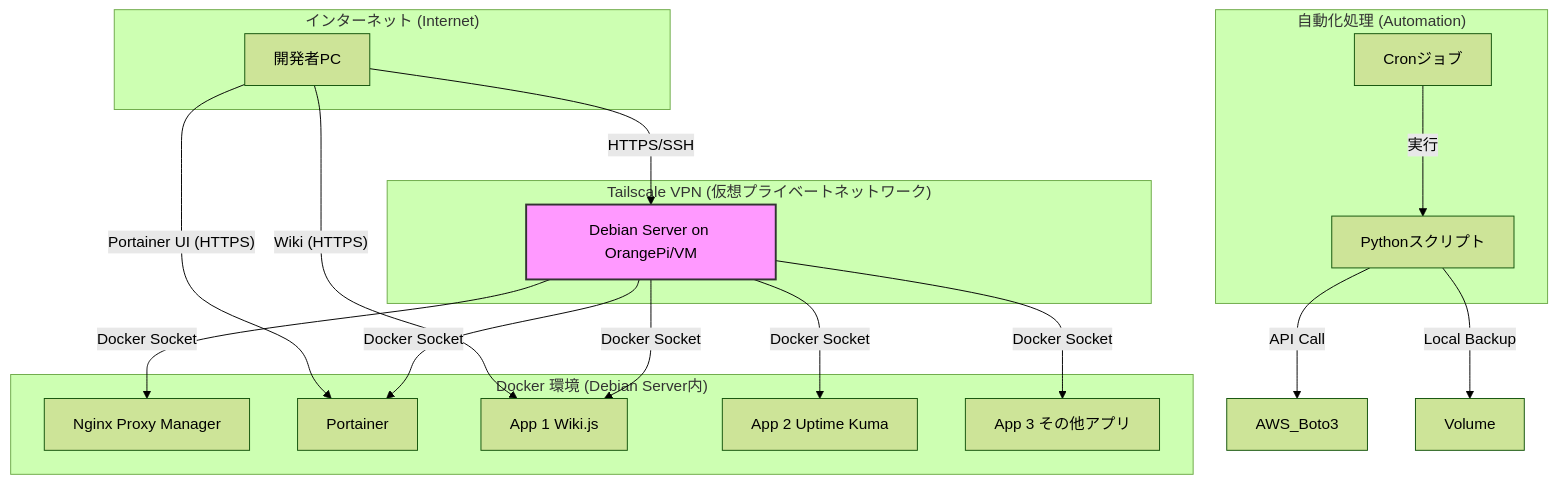
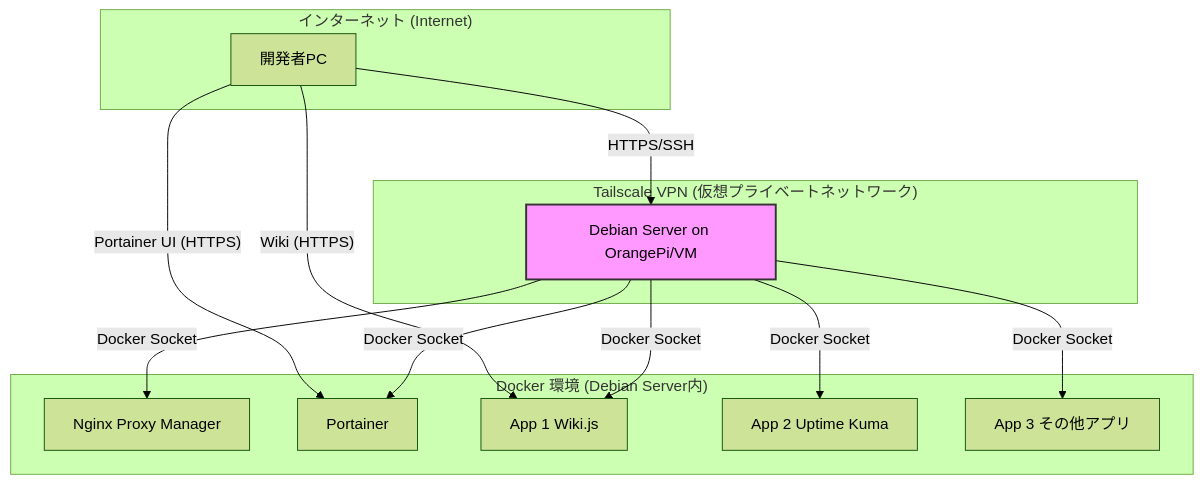
The first of 2 diagrams in README.md (qack-dev/homelab), drawn with Mermaid (forest theme) before and after one commit.

````diff
--- a/README.md
+++ b/README.md
@@ -9,32 +9,25 @@
 ```mermaid
 graph TD
     subgraph "インターネット (Internet)"
         A[開発者PC]
     end
     subgraph "Tailscale VPN (仮想プライベートネットワーク)"
         B[Debian Server on OrangePi/VM]
     end
     subgraph "Docker 環境 (Debian Server内)"
         C[Nginx Proxy Manager]
         D[Portainer]
         E[App 1 Wiki.js]
         F[App 2 Uptime Kuma]
         G[App 3 その他アプリ]
     end
-    subgraph "自動化処理 (Automation)"
-        H[Cronジョブ]
-        I[Pythonスクリプト]
-    end
     A -- HTTPS/SSH --> B
     B -- Docker Socket --> C
     B -- Docker Socket --> D
     B -- Docker Socket --> E
     B -- Docker Socket --> F
     B -- Docker Socket --> G
     A -- Portainer UI (HTTPS) --> D
     A -- Wiki (HTTPS) --> E
-    H -- 実行 --> I
-    I -- API Call --> AWS_Boto3
-    I -- Local Backup --> Volume
     style B fill:#f9f,stroke:#333,stroke-width:2px
 ```
````
